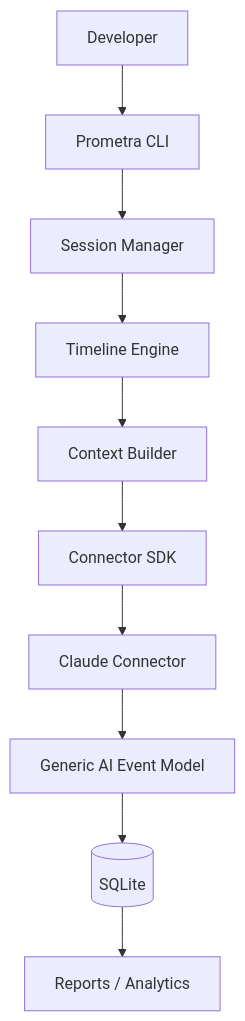
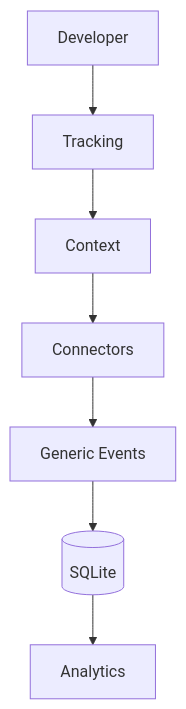
One commit to Sanjayram710/prometra changed the diagram in README.md. Above: the diagram before and after it, drawn with Mermaid. The commit also changed other lines of this file, not shown here.

````diff
--- a/README.md
+++ b/README.md
@@ -35,12 +64,9 @@
 ```mermaid
 flowchart TD
-    Dev[Developer] --> CLI[Prometra CLI]
-    CLI --> SM[Session Manager]
-    SM --> TE[Timeline Engine]
-    TE --> CB[Context Builder]
-    CB --> SDK[Connector SDK]
-    SDK --> CC[Claude Connector]
-    CC --> EventM[Generic AI Event Model]
+    Dev[Developer] --> CLI[Tracking]
+    CLI --> SM[Context]
+    SM --> TE[Connectors]
+    TE --> EventM[Generic Events]
     EventM --> DB[(SQLite)]
-    DB --> Analytics[Reports / Analytics]
+    DB --> Analytics[Analytics]
 ```
````
